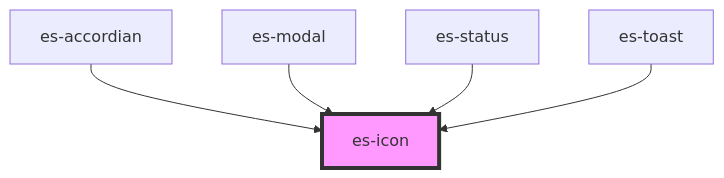
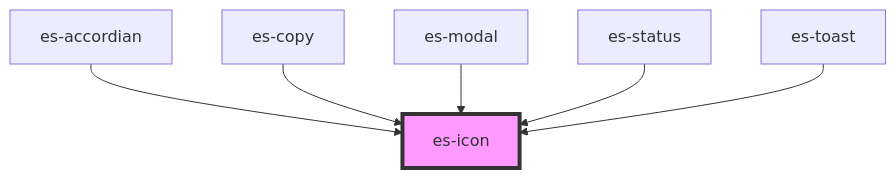
One commit to EventStore/Design-System changed the diagram in packages/components/src/components/es-icon/readme.md. Above: the diagram before and after it, drawn with Mermaid. The commit also changed other lines of this file and 10 other files, not shown here.

````diff
--- a/packages/components/src/components/es-icon/readme.md
+++ b/packages/components/src/components/es-icon/readme.md
@@ -42,8 +43,9 @@
 ```mermaid
 graph TD;
   es-accordian --> es-icon
+  es-copy --> es-icon
   es-modal --> es-icon
   es-status --> es-icon
   es-toast --> es-icon
   style es-icon fill:#f9f,stroke:#333,stroke-width:4px
 ```
````
